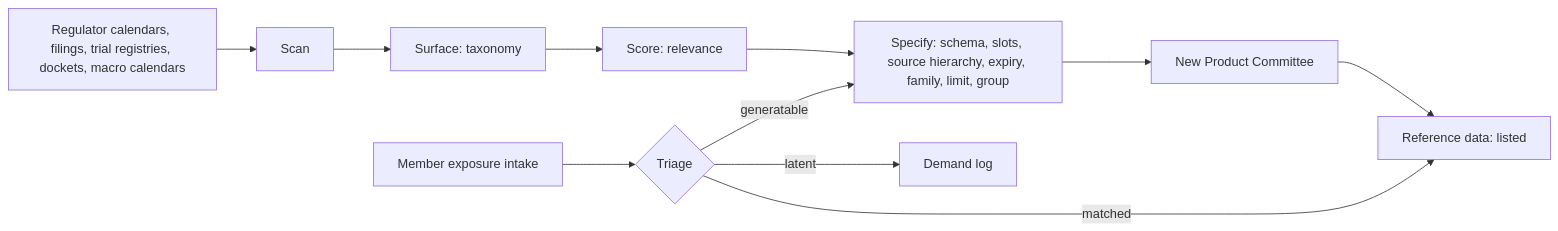
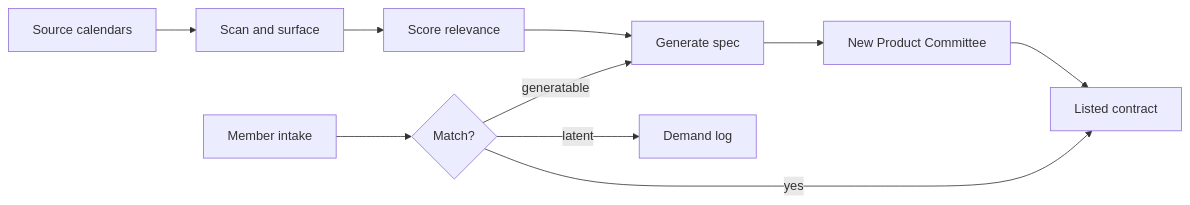
One commit to LevonDerma1221/swans-docs changed the fifth of 8 diagrams in docs/diagrams.md. Above: the diagram before and after it, drawn with Mermaid. The commit also changed other lines of this file and 31 other files, not shown here.

````diff
--- a/docs/diagrams.md
+++ b/docs/diagrams.md
@@ -118,13 +109,13 @@
 ```mermaid
 flowchart LR
-  SRC[Regulator calendars, filings, trial registries, dockets, macro calendars] --> SCAN[Scan]
-  SCAN --> SURF[Surface: taxonomy]
-  SURF --> SCORE[Score: relevance]
-  SCORE --> SPEC[Specify: schema, slots, source hierarchy, expiry, family, limit, group]
+  SRC[Source calendars] --> SCAN[Scan and surface]
+  SCAN --> SCORE[Score relevance]
+  SCORE --> SPEC[Generate spec]
   SPEC --> NPC[New Product Committee]
-  NPC --> REF[Reference data: listed]
-  INTAKE[Member exposure intake] --> TRI{Triage}
-  TRI -->|matched| REF
+  NPC --> LIST[Listed contract]
+
+  REQ[Member intake] --> TRI{Match?}
+  TRI -->|yes| LIST
   TRI -->|generatable| SPEC
   TRI -->|latent| LOG[Demand log]
 ```
````
